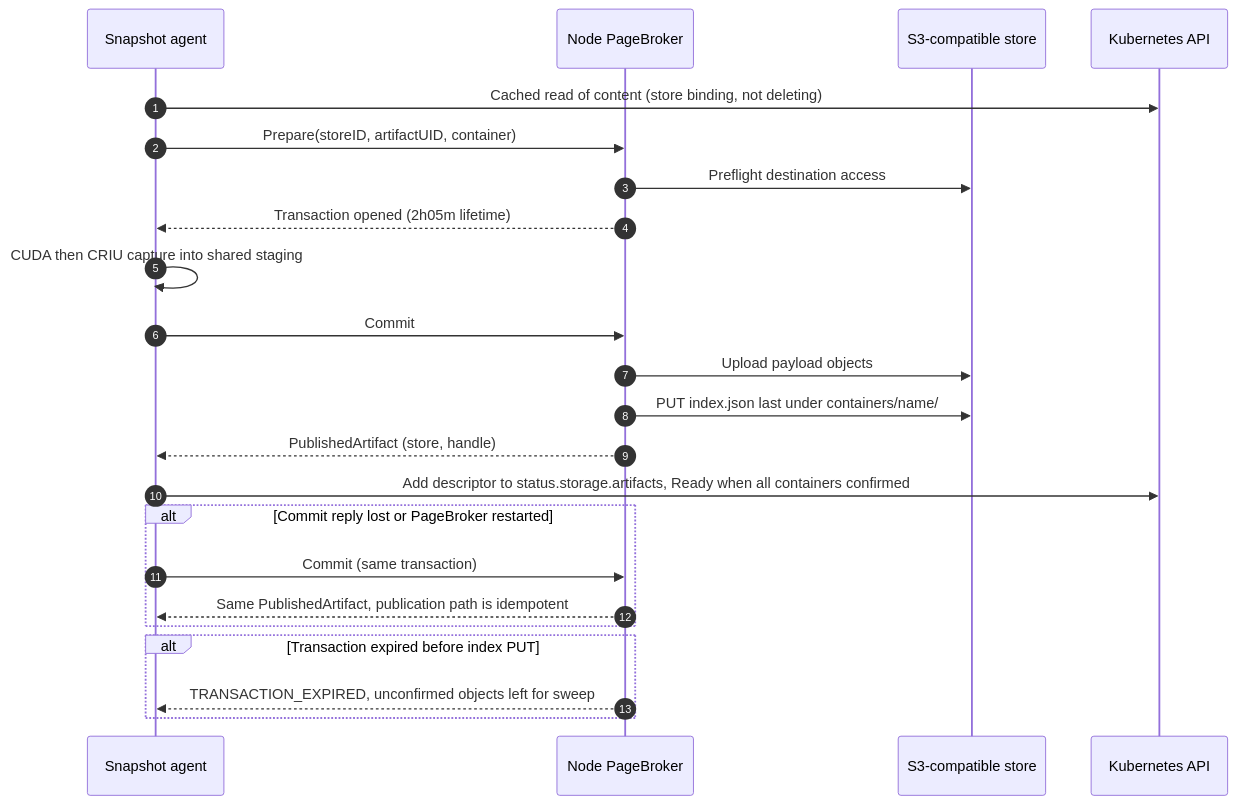
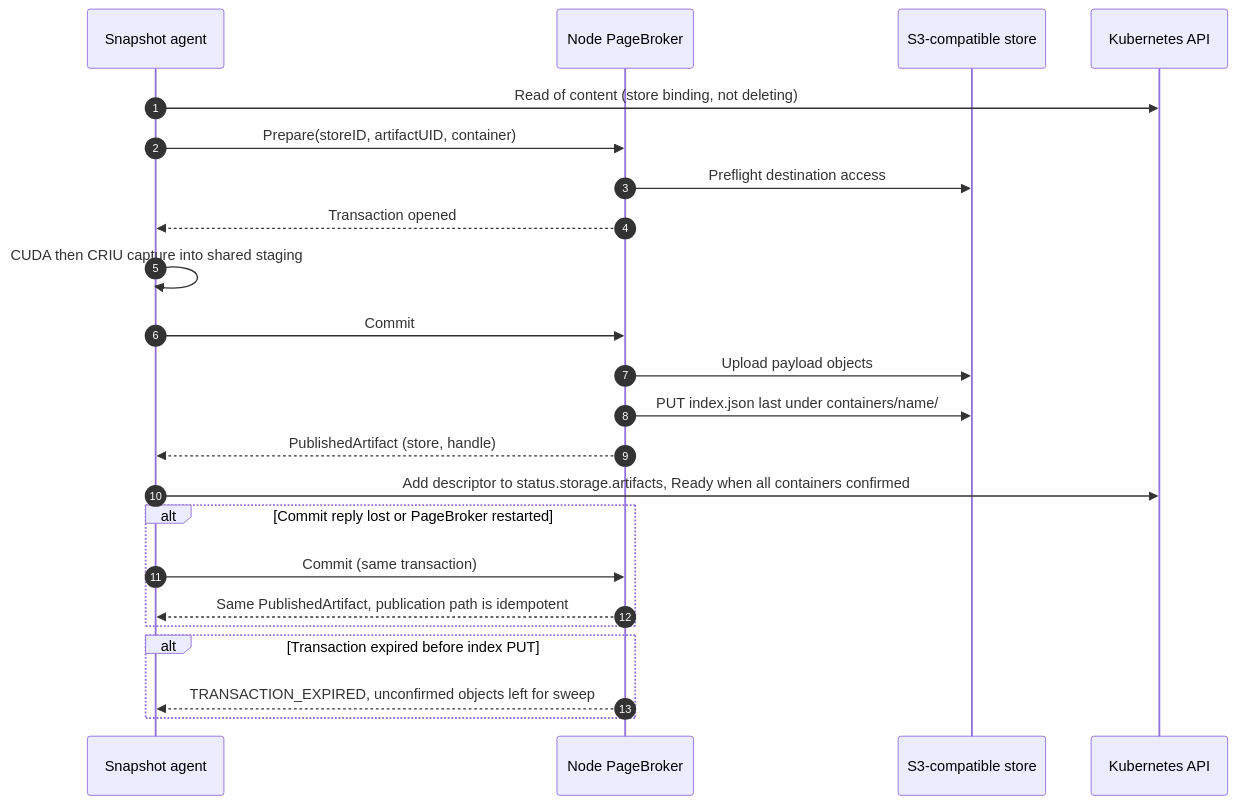
One commit to AlanFokCo/snapshot changed the second of 4 diagrams in docs/proposals/237-s3-storage/README.md. Above: the diagram before and after it, drawn with Mermaid. The commit also changed other lines of this file, not shown here.

First line of the commit message:
docs(SNEP-237): caption the flow diagrams, state cleanup as backend deltas, drop the config type field

````diff
--- a/docs/proposals/237-s3-storage/README.md
+++ b/docs/proposals/237-s3-storage/README.md
@@ -121,25 +121,25 @@
 ```mermaid
 sequenceDiagram
     autonumber
     participant Agent as Snapshot agent
     participant PB as Node PageBroker
     participant S3 as S3-compatible store
     participant API as Kubernetes API
-    Agent->>API: Cached read of content (store binding, not deleting)
+    Agent->>API: Read of content (store binding, not deleting)
     Agent->>PB: Prepare(storeID, artifactUID, container)
     PB->>S3: Preflight destination access
-    PB-->>Agent: Transaction opened (2h05m lifetime)
+    PB-->>Agent: Transaction opened
     Agent->>Agent: CUDA then CRIU capture into shared staging
     Agent->>PB: Commit
     PB->>S3: Upload payload objects
     PB->>S3: PUT index.json last under containers/name/
     PB-->>Agent: PublishedArtifact (store, handle)
     Agent->>API: Add descriptor to status.storage.artifacts, Ready when all containers confirmed
     alt Commit reply lost or PageBroker restarted
         Agent->>PB: Commit (same transaction)
         PB-->>Agent: Same PublishedArtifact, publication path is idempotent
     end
     alt Transaction expired before index PUT
         PB-->>Agent: TRANSACTION_EXPIRED, unconfirmed objects left for sweep
     end
 ```
````
